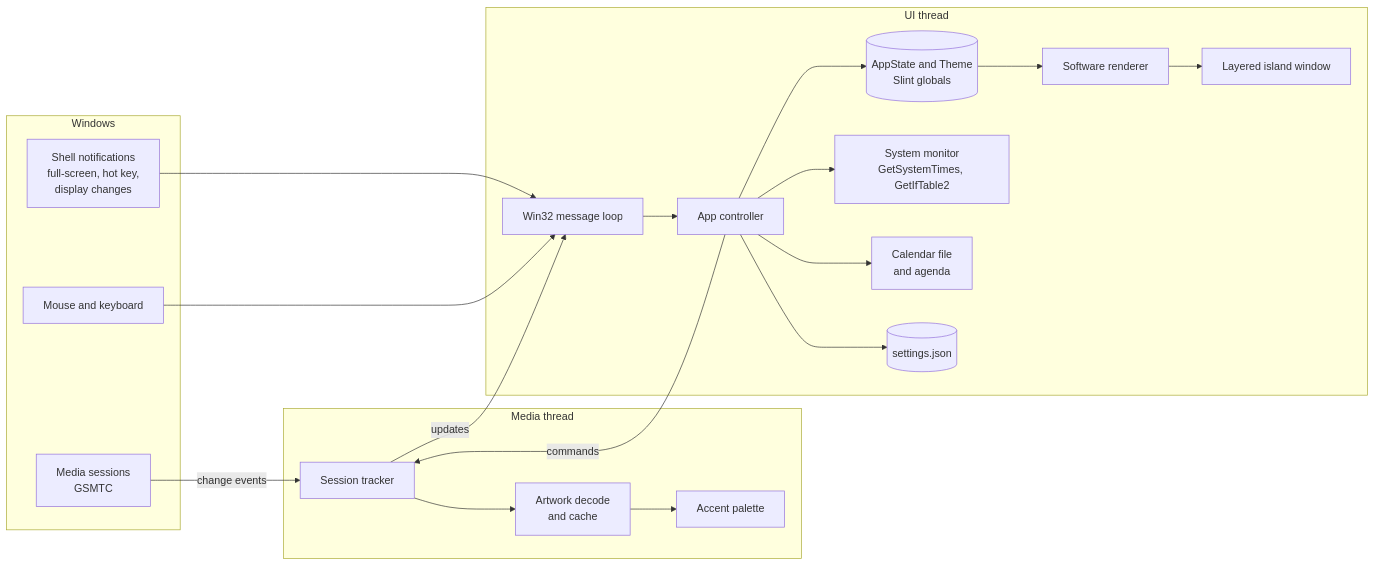
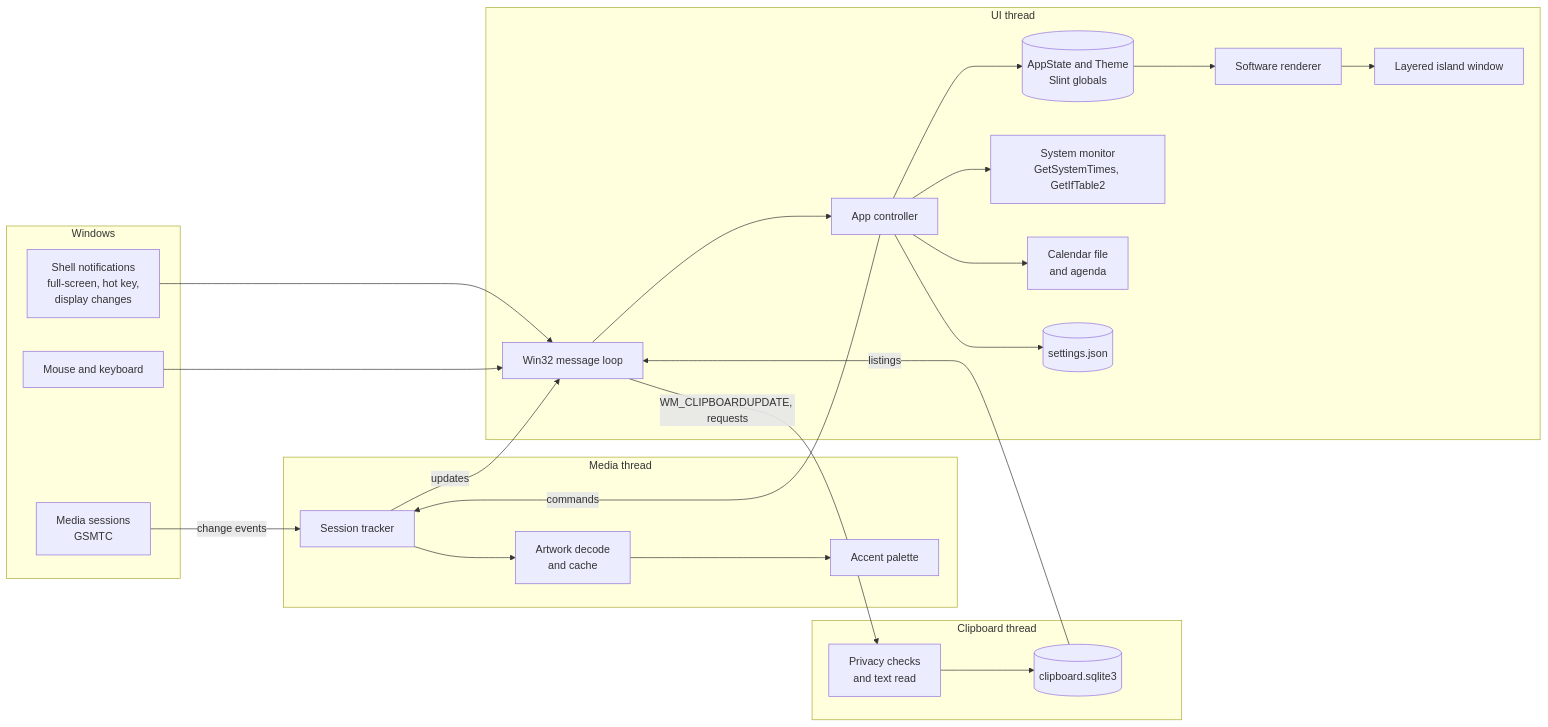
Before and after one commit to shrenixcodes/Lilt: the diagram in ARCHITECTURE.md, drawn with Mermaid. The commit also changed other lines of this file and 27 other files, not shown here.

````diff
--- a/ARCHITECTURE.md
+++ b/ARCHITECTURE.md
@@ -11,29 +11,35 @@
 ```mermaid
 flowchart LR
     subgraph OS[Windows]
         GSMTC[Media sessions<br/>GSMTC]
         Shell[Shell notifications<br/>full-screen, hot key,<br/>display changes]
         Input[Mouse and keyboard]
     end
 
     subgraph Worker[Media thread]
         Tracker[Session tracker] --> Artwork[Artwork decode<br/>and cache]
         Artwork --> Palette[Accent palette]
+    end
+
+    subgraph Clip[Clipboard thread]
+        Capture[Privacy checks<br/>and text read] --> ClipStore[(clipboard.sqlite3)]
     end
 
     subgraph UI[UI thread]
         Loop[Win32 message loop] --> App[App controller]
         App --> State[(AppState and Theme<br/>Slint globals)]
         State --> Render[Software renderer]
         Render --> Layered[Layered island window]
         App --> Sysinfo[System monitor<br/>GetSystemTimes, GetIfTable2]
         App --> Calendar[Calendar file<br/>and agenda]
         App --> Settings[(settings.json)]
     end
 
     GSMTC -- change events --> Tracker
     Tracker -- updates --> Loop
     App -- commands --> Tracker
     Shell --> Loop
     Input --> Loop
+    Loop -- WM_CLIPBOARDUPDATE, requests --> Capture
+    ClipStore -- listings --> Loop
 ```
````
